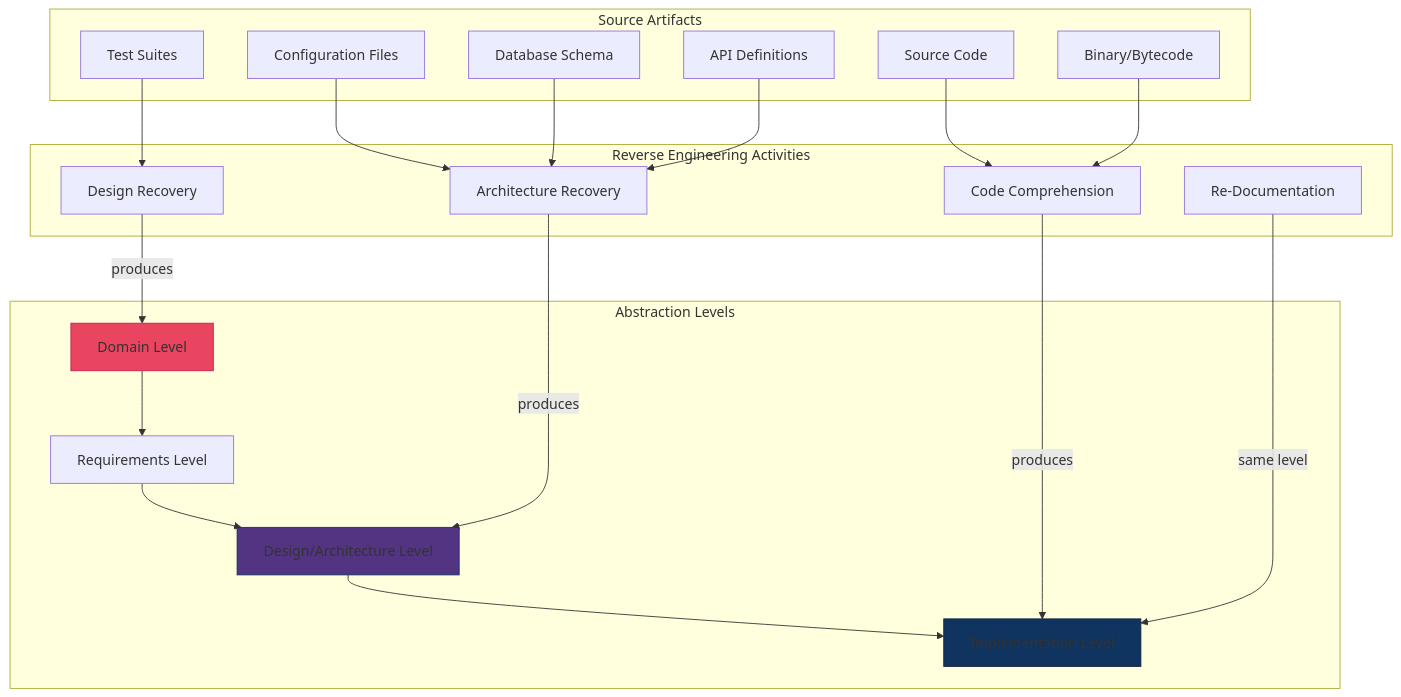
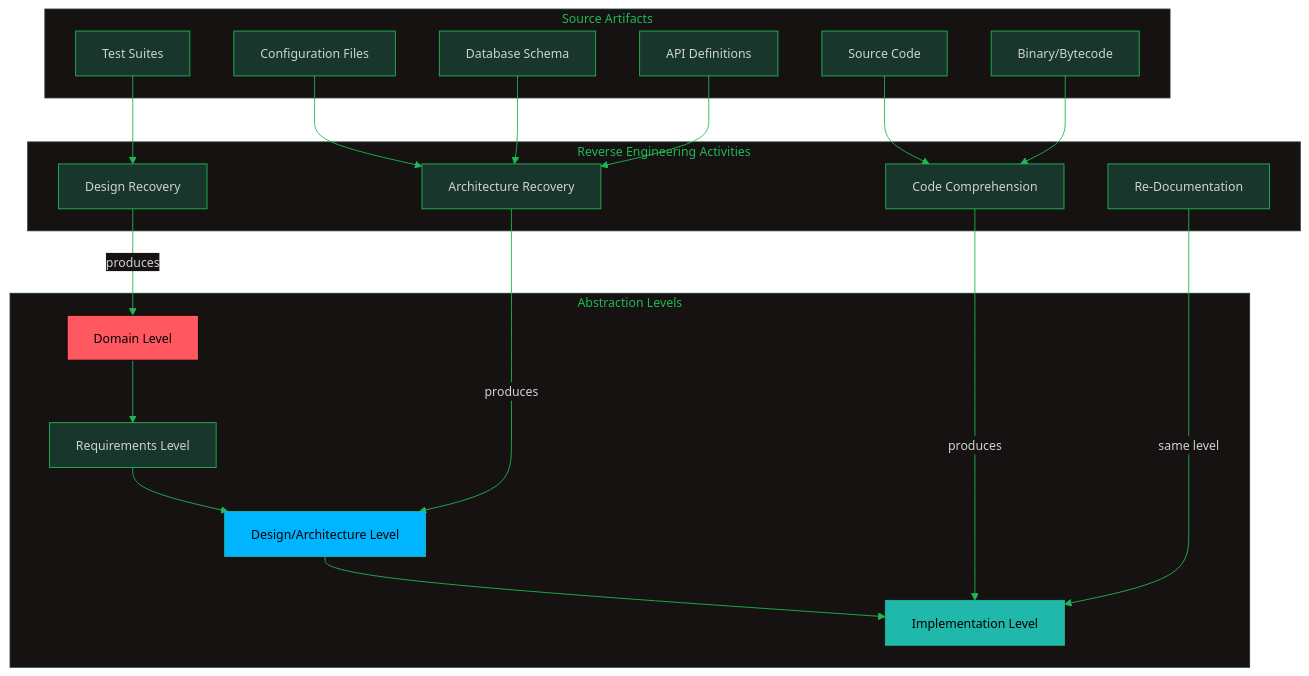
Before and after one commit to oat431/swe-knowledge: the first of 8 diagrams in software-engineering-note/07_Software_Maintenance/09_Maintenance_Tools_and_Techniques.md, drawn with Mermaid. The commit also changed other lines of this file and 10 other files, not shown here.

````diff
--- a/software-engineering-note/07_Software_Maintenance/09_Maintenance_Tools_and_Techniques.md
+++ b/software-engineering-note/07_Software_Maintenance/09_Maintenance_Tools_and_Techniques.md
@@ -39,35 +39,36 @@
 ```mermaid
+%%{init: {'theme':'base','themeVariables':{'primaryColor':'#19362D','primaryTextColor':'#CDD3D1','primaryBorderColor':'#1FB854','lineColor':'#1FB854','secondaryColor':'#161212','tertiaryColor':'#1B1717','background':'#1B1717','mainBkg':'#19362D','nodeBorder':'#1FB854','clusterBkg':'#161212','clusterBorder':'#19362D','titleColor':'#1FB854','edgeLabelBackground':'#161212','fontSize':'14px'}}}%%
 flowchart TD
     subgraph "Abstraction Levels"
         D[Domain Level] --> R[Requirements Level]
         R --> S[Design/Architecture Level]
         S --> I[Implementation Level]
     end
     
     subgraph "Reverse Engineering Activities"
         DR[Design Recovery] -->|produces| D
         AR[Architecture Recovery] -->|produces| S
         CR[Code Comprehension] -->|produces| I
         RD[Re-Documentation] -->|same level| I
     end
     
     subgraph "Source Artifacts"
         CODE[Source Code]
         BINARY[Binary/Bytecode]
         CONFIG[Configuration Files]
         DB[Database Schema]
         API[API Definitions]
         TEST[Test Suites]
     end
     
     CODE --> CR
     BINARY --> CR
     CONFIG --> AR
     DB --> AR
     API --> AR
     TEST --> DR
     
-    style D fill:#e94560,stroke:#c81d4e
-    style S fill:#533483,stroke:#0f3460
-    style I fill:#0f3460,stroke:#16213e
+    style D fill:#FF5861,stroke:#000000,color:#000000
+    style S fill:#00B5FF,stroke:#1FB8AB,color:#000000
+    style I fill:#1FB8AB,stroke:#1EB88E,color:#000000
 ```
````
